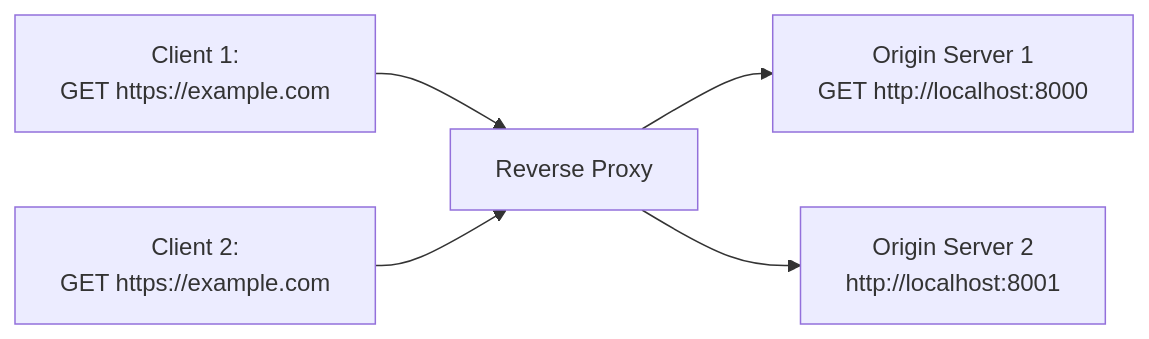
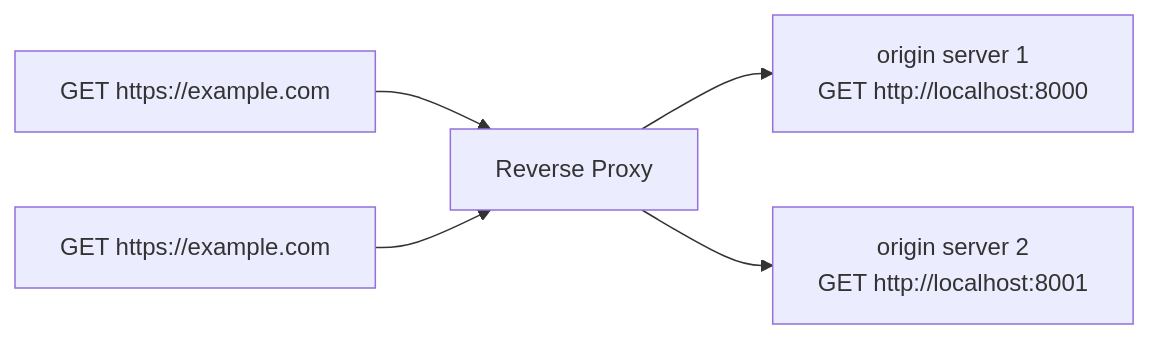
Before and after one commit to samuel871211/yusheng-tech-blog: the second of 8 diagrams in docs/nodejs/http_proxy.md, drawn with Mermaid. The commit also changed other lines of this file and 2 other files, not shown here.

Commit message:
http_proxy

````diff
--- a/docs/nodejs/http_proxy.md
+++ b/docs/nodejs/http_proxy.md
@@ -26,7 +26,7 @@
 ```mermaid
 flowchart LR
-  A["Client 1:<br/>GET https://example.com"] --> B[Reverse Proxy]
-  C["Client 2:<br/>GET https://example.com"] --> B
-  B --> D["Origin Server 1<br/>GET http://localhost:8000"]
-  B --> E["Origin Server 2<br/>http://localhost:8001"]
+  A["GET https://example.com"] --> B[Reverse Proxy]
+  C["GET https://example.com"] --> B
+  B --> D["origin server 1<br/>GET http://localhost:8000"]
+  B --> E["origin server 2<br/>GET http://localhost:8001"]
 ```
````
